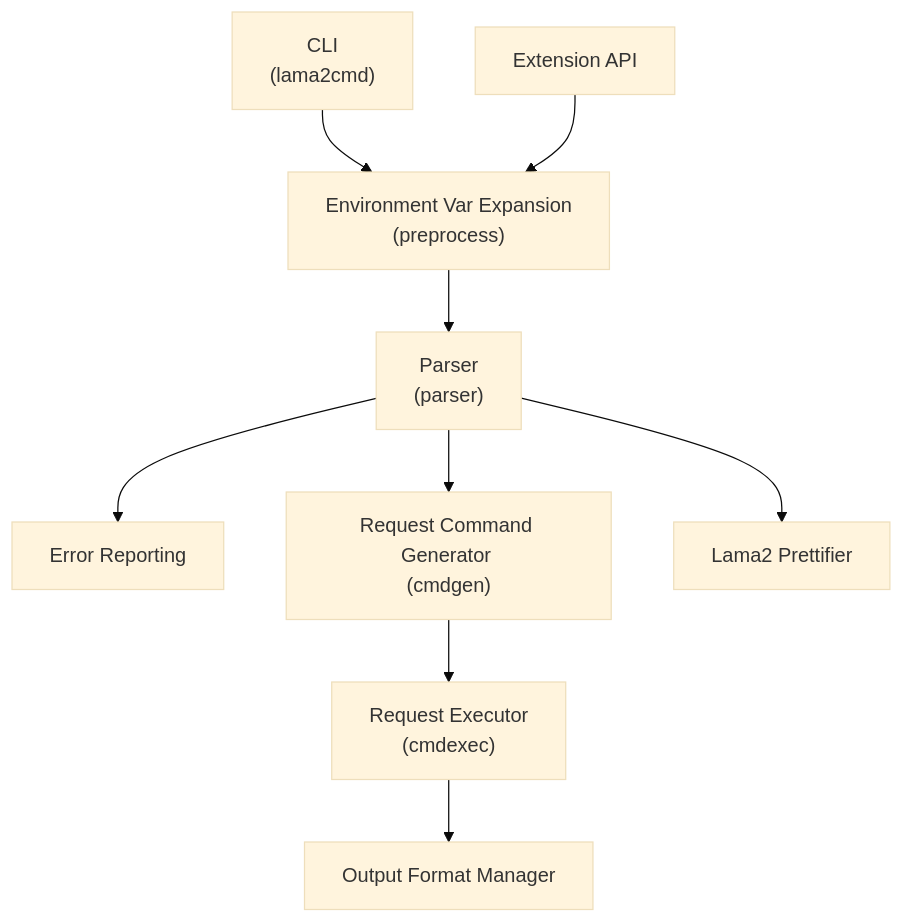
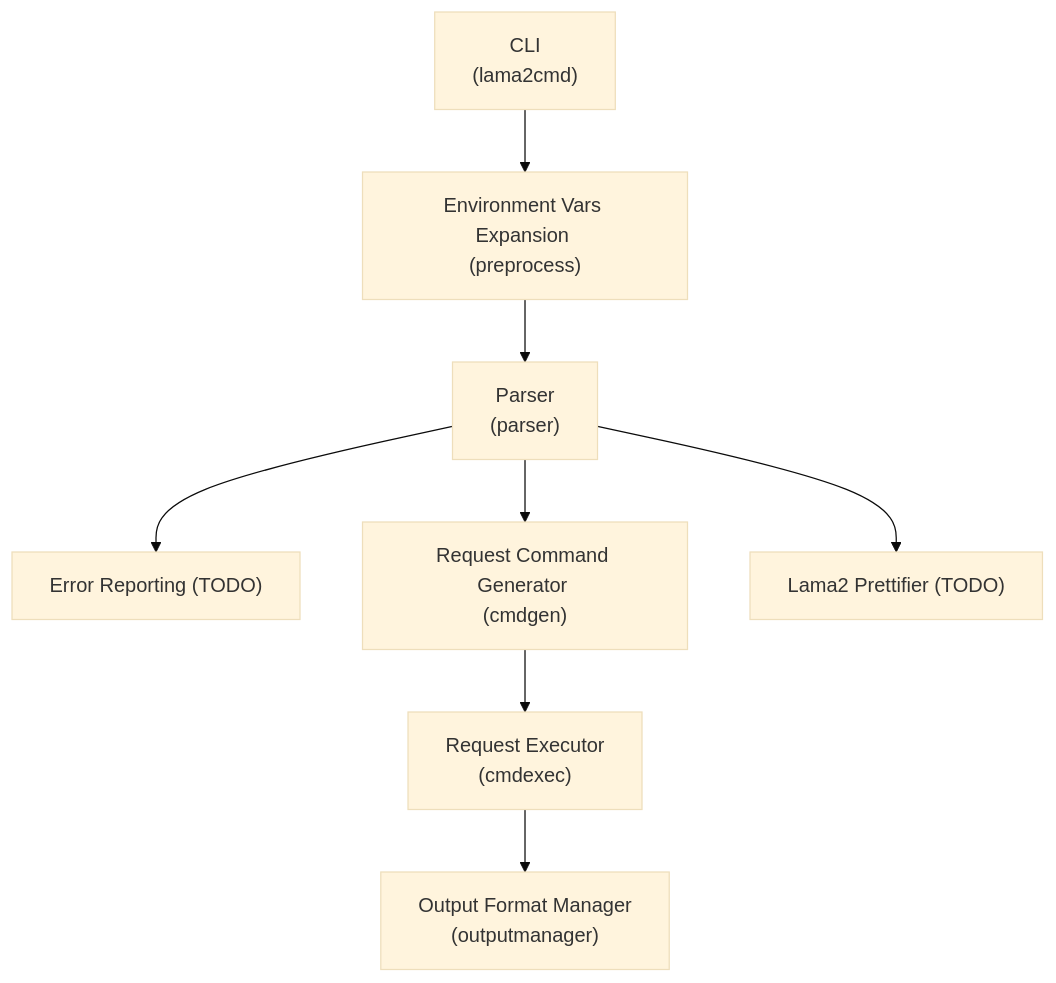
Before and after one commit to HexmosTech/Lama2: the diagram in docs/Lama2/docs/reference/architecture.md, drawn with Mermaid. The commit also changed 5 other files, not shown here.

Commit message:
Fix architecture, cleanup readme, community links

````diff
--- a/docs/Lama2/docs/reference/architecture.md
+++ b/docs/Lama2/docs/reference/architecture.md
@@ -1,21 +1,19 @@
 ```mermaid
 %%{init: {'securityLevel': 'loose', 'theme':'base'}}%%
 graph TD
 	A["CLI <br/>(lama2cmd)"]
 	B["Parser <br/>(parser)"]	
-	C[Extension API]
 	D["Request Executor <br/>(cmdexec)"]
-	E["Output Format Manager"]
-	F["Error Reporting"]
-	G["Environment Var Expansion <br/>(preprocess)"]
+	E["Output Format Manager <br/>(outputmanager)"]
+	F["Error Reporting (TODO)"]
+	G["Environment Vars Expansion <br/>(preprocess)"]
 	H["Request Command Generator <br/>(cmdgen)"]
-	I["Lama2 Prettifier"]
+	I["Lama2 Prettifier (TODO)"]
 	A --> G
-	C --> G
 	G --> B
 	B --> F
 	B --> H
 	H --> D
 	D --> E
 	B --> I
 ```
````
